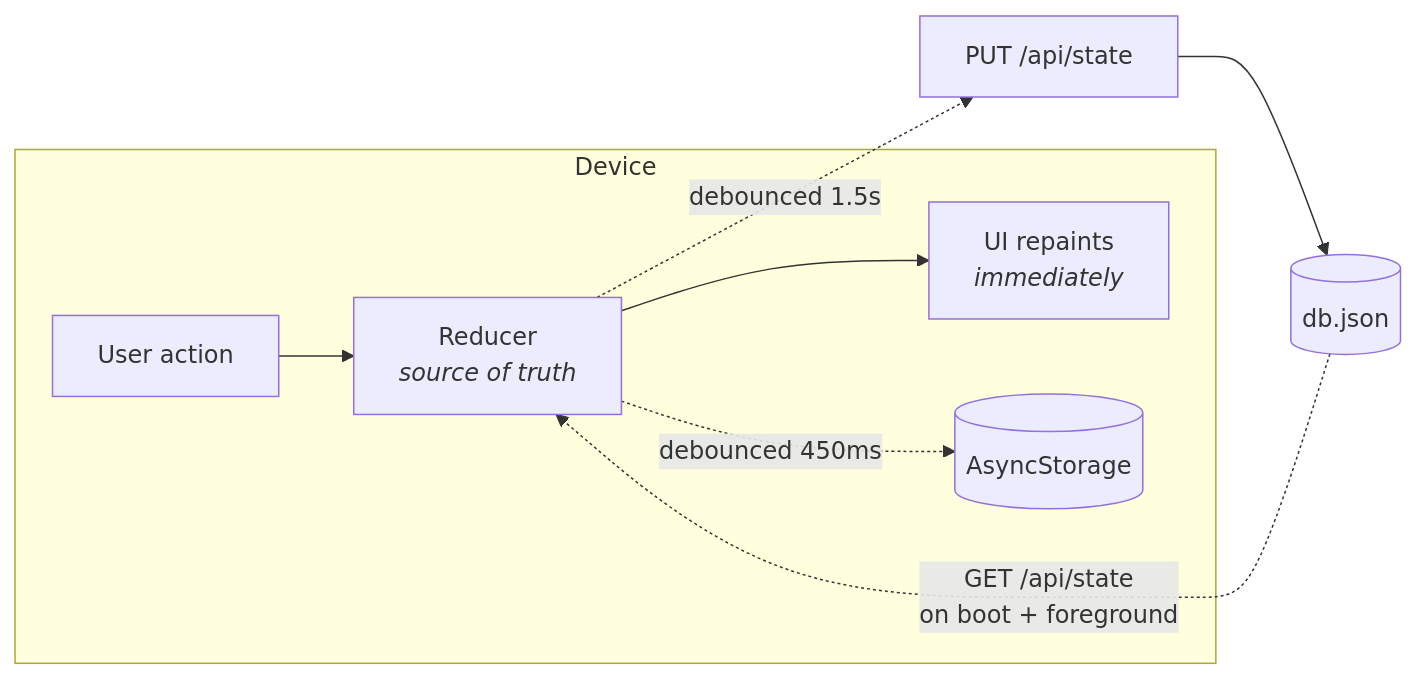
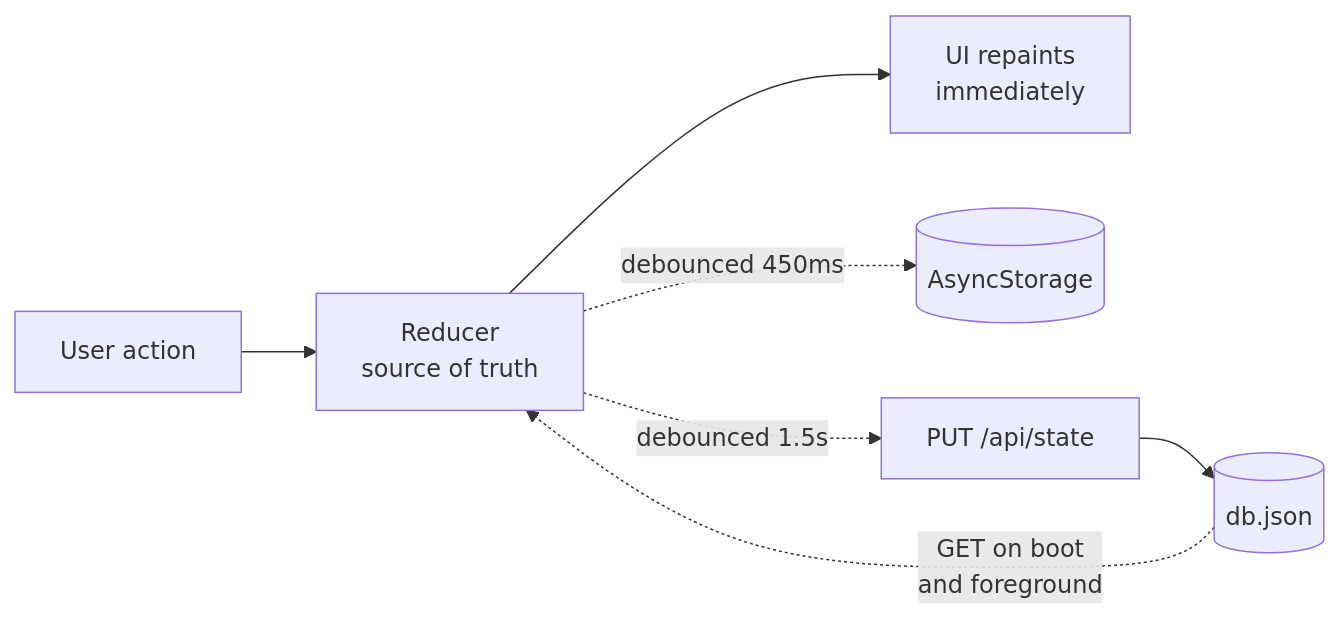
The diagram in README.md (Erik333M/notEnough), drawn with Mermaid before and after one commit.

Commit message:
Use conservative mermaid link syntax so GitHub renders the diagram
Validated by rendering the extracted block with mermaid-cli rather than
trusting it to parse.

````diff
--- a/README.md
+++ b/README.md
@@ -73,11 +73,9 @@
 ```mermaid
 flowchart LR
-  subgraph device["Device"]
-    tap["User action"] --> reducer["Reducer<br/><i>source of truth</i>"]
-    reducer --> ui["UI repaints<br/><i>immediately</i>"]
-    reducer -. "debounced 450ms" .-> disk[("AsyncStorage")]
-  end
-  reducer -. "debounced 1.5s" .-> api["PUT /api/state"]
+  tap["User action"] --> reducer["Reducer<br/>source of truth"]
+  reducer --> ui["UI repaints<br/>immediately"]
+  reducer -.->|"debounced 450ms"| disk[("AsyncStorage")]
+  reducer -.->|"debounced 1.5s"| api["PUT /api/state"]
   api --> db[("db.json")]
-  db -. "GET /api/state<br/>on boot + foreground" .-> reducer
+  db -.->|"GET on boot<br/>and foreground"| reducer
 ```
````
